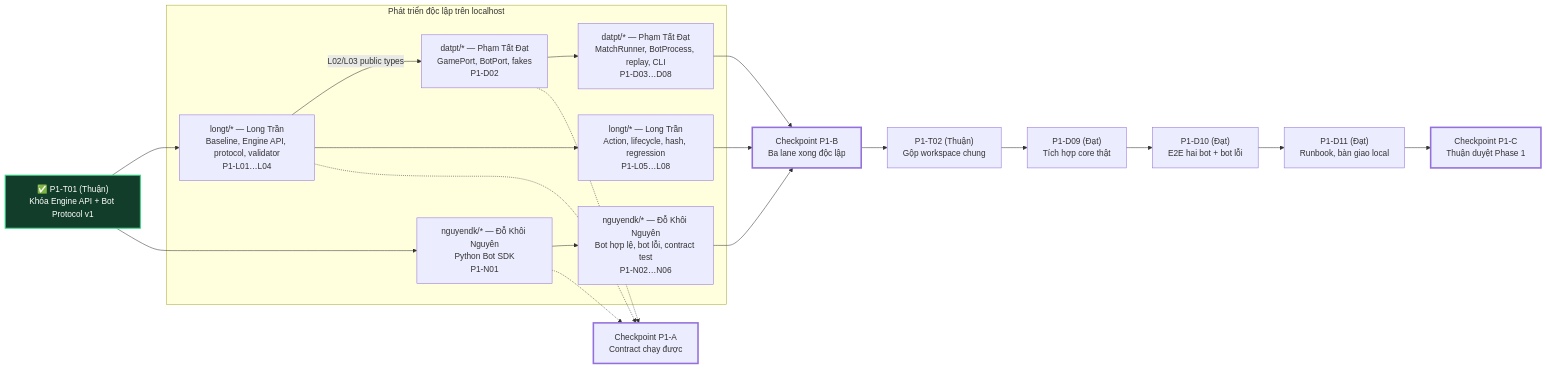
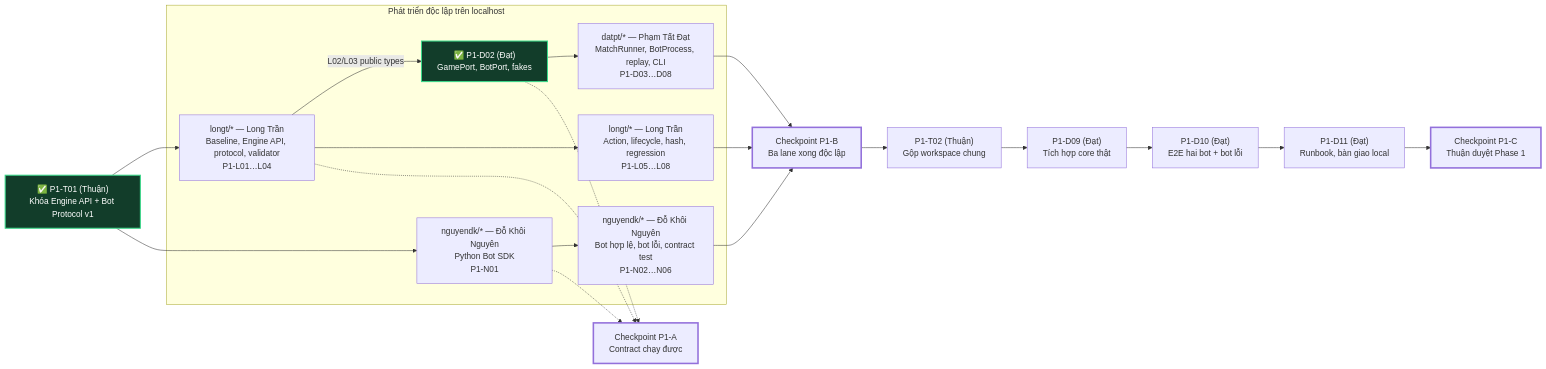
The first of 2 diagrams in docs/team-assignment-phase-1-2.md (sock1000kg/dau-giai-ott), drawn with Mermaid before and after one commit. The commit also changed 13 other files, not shown here.

Commit message:
feat(match-runner): P1-D02 GamePort, BotPort and fakes

````diff
--- a/docs/team-assignment-phase-1-2.md
+++ b/docs/team-assignment-phase-1-2.md
@@ -89,36 +89,36 @@
 ```mermaid
 flowchart LR
     T01["✅ P1-T01 (Thuận)<br/>Khóa Engine API + Bot Protocol v1"]
 
     subgraph LANES["Phát triển độc lập trên localhost"]
         L1["longt/* — Long Trần<br/>Baseline, Engine API, protocol, validator<br/>P1-L01…L04"]
         L2["longt/* — Long Trần<br/>Action, lifecycle, hash, regression<br/>P1-L05…L08"]
         N1["nguyendk/* — Đỗ Khôi Nguyên<br/>Python Bot SDK<br/>P1-N01"]
         N2["nguyendk/* — Đỗ Khôi Nguyên<br/>Bot hợp lệ, bot lỗi, contract test<br/>P1-N02…N06"]
-        D1["datpt/* — Phạm Tất Đạt<br/>GamePort, BotPort, fakes<br/>P1-D02"]
+        D1["✅ P1-D02 (Đạt)<br/>GamePort, BotPort, fakes"]
         D2["datpt/* — Phạm Tất Đạt<br/>MatchRunner, BotProcess, replay, CLI<br/>P1-D03…D08"]
     end
 
     PA["Checkpoint P1-A<br/>Contract chạy được"]
     PB["Checkpoint P1-B<br/>Ba lane xong độc lập"]
     T02["P1-T02 (Thuận)<br/>Gộp workspace chung"]
     D9["P1-D09 (Đạt)<br/>Tích hợp core thật"]
     D10["P1-D10 (Đạt)<br/>E2E hai bot + bot lỗi"]
     D11["P1-D11 (Đạt)<br/>Runbook, bàn giao local"]
     PC["Checkpoint P1-C<br/>Thuận duyệt Phase 1"]
 
     T01 --> L1
     T01 --> N1
     L1 -->|L02/L03 public types| D1
     L1 --> L2
     N1 --> N2
     D1 --> D2
     L1 & N1 & D1 -.-> PA
     L2 & N2 & D2 --> PB
     PB --> T02 --> D9 --> D10 --> D11 --> PC
 
     classDef done fill:#123d2a,stroke:#39d98a,color:#ffffff,stroke-width:2px;
     classDef gate stroke-width:3px;
-    class T01 done;
+    class T01,D1 done;
     class PA,PB,PC gate;
 ```
````
